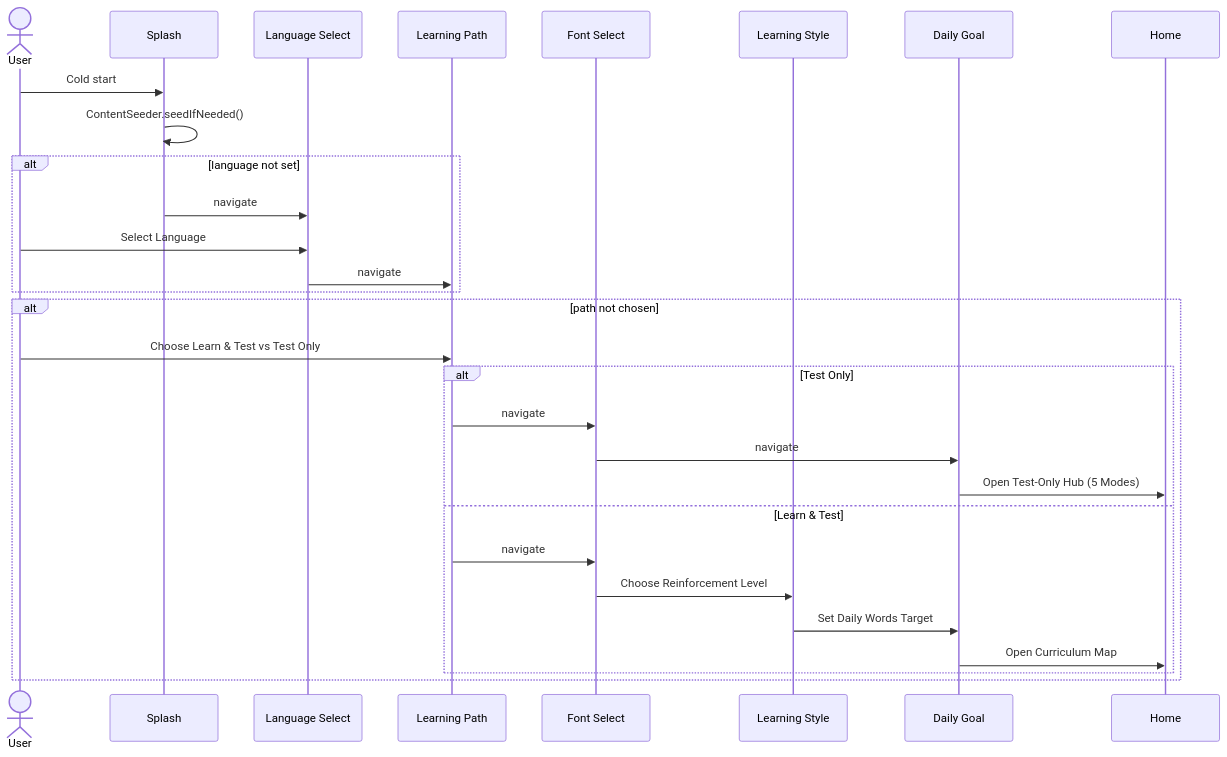
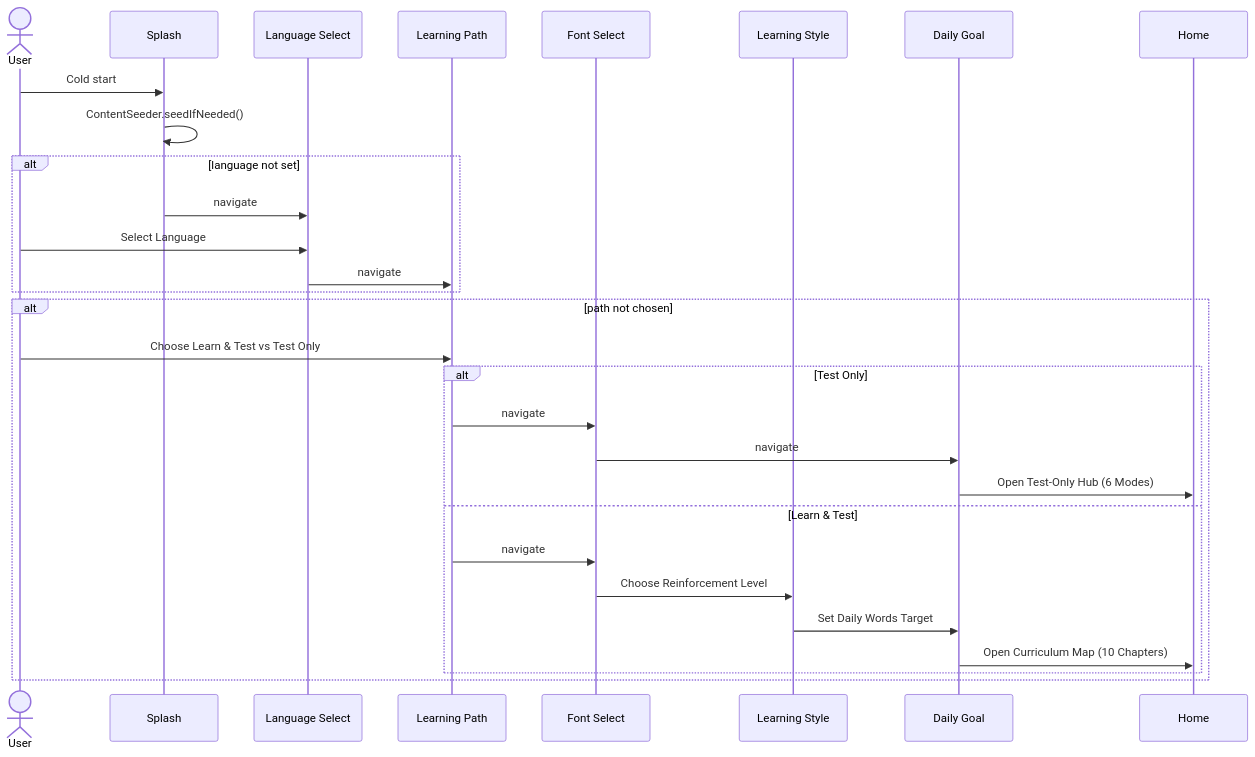
One commit to deanybytes/QuranicWords changed the first of 3 diagrams in docs/USER_FLOWS.md. Above: the diagram before and after it, drawn with Mermaid. The commit also changed other lines of this file and 13 other files, not shown here.

````diff
--- a/docs/USER_FLOWS.md
+++ b/docs/USER_FLOWS.md
@@ -7,32 +7,32 @@
 ```mermaid
 sequenceDiagram
     actor User
     participant Splash
     participant Lang as Language Select
     participant Path as Learning Path
     participant Font as Font Select
     participant Style as Learning Style
     participant Goal as Daily Goal
     participant Home
 
     User->>Splash: Cold start
     Splash->>Splash: ContentSeeder.seedIfNeeded()
     alt language not set
         Splash->>Lang: navigate
         User->>Lang: Select Language
         Lang->>Path: navigate
     end
     alt path not chosen
         User->>Path: Choose Learn & Test vs Test Only
         alt Test Only
             Path->>Font: navigate
             Font->>Goal: navigate
-            Goal->>Home: Open Test-Only Hub (5 Modes)
+            Goal->>Home: Open Test-Only Hub (6 Modes)
         else Learn & Test
             Path->>Font: navigate
             Font->>Style: Choose Reinforcement Level
             Style->>Goal: Set Daily Words Target
-            Goal->>Home: Open Curriculum Map
+            Goal->>Home: Open Curriculum Map (10 Chapters)
         end
     end
 ```
````
